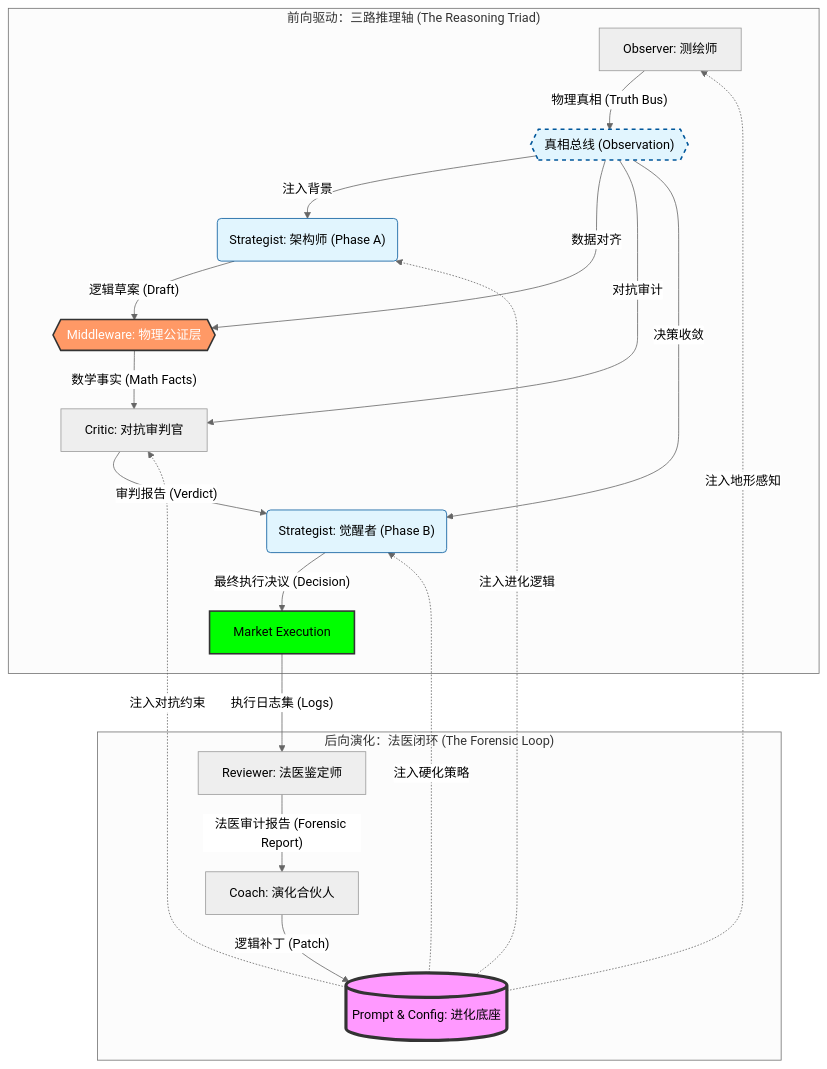
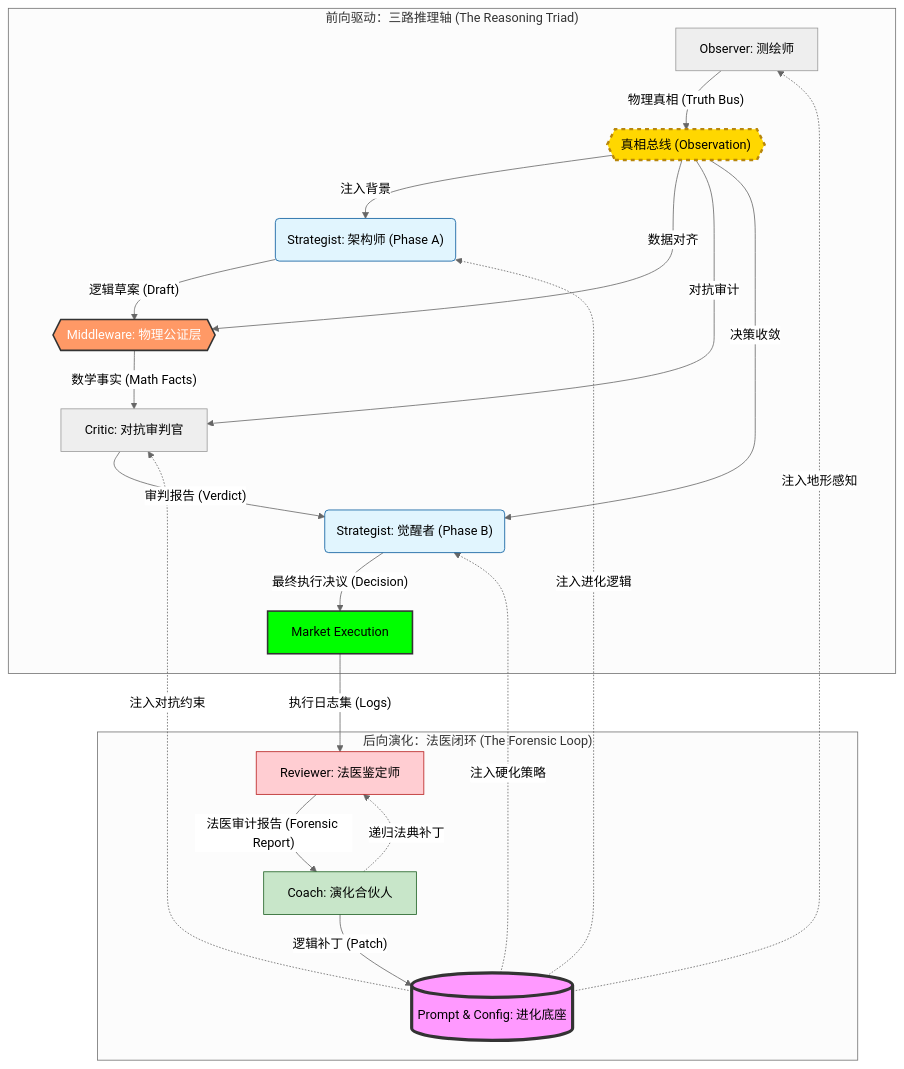
Before and after one commit to jiangyang5157/binary-star: the diagram in README.md, drawn with Mermaid (neutral theme). The commit also changed other lines of this file, not shown here.

````diff
--- a/README.md
+++ b/README.md
@@ -13,37 +13,40 @@
 ```mermaid
 graph TD
     %% 前向驱动：三路推理轴 (The Reasoning Triad)
     subgraph "前向驱动：三路推理轴 (The Reasoning Triad)"
         A["Observer: 测绘师"] -- "物理真相 (Truth Bus)" --> TB{{"真相总线 (Observation)"}}
         
         TB -- "注入背景" --> B1("Strategist: 架构师 (Phase A)")
         B1 -- "逻辑草案 (Draft)" --> C{{"Middleware: 物理公证层"}}
         TB -- "数据对齐" --> C
         C -- "数学事实 (Math Facts)" --> D["Critic: 对抗审判官"]
         TB -- "对抗审计" --> D
         D -- "审判报告 (Verdict)" --> B2("Strategist: 觉醒者 (Phase B)")
         TB -- "决策收敛" --> B2
         B2 -- "最终执行决议 (Decision)" --> F["Market Execution"]
     end
 
-    %% 后向法医演化回路
+    %% 后向法医演化回路 (Recursive Loop)
     subgraph "后向演化：法医闭环 (The Forensic Loop)"
         F -->|"执行日志集 (Logs)"| G["Reviewer: 法医鉴定师"]
         G -->|"法医审计报告 (Forensic Report)"| H["Coach: 演化合伙人"]
         H -->|"逻辑补丁 (Patch)"| I[("Prompt & Config: 进化底座")]
+        H -.->|"递归法典补丁"| G
     end
 
     %% 关键进化路径映射：修复逻辑断裂
     I -.->|"注入地形感知"| A
     I -.->|"注入进化逻辑"| B1
     I -.->|"注入对抗约束"| D
     I -.->|"注入硬化策略"| B2
 
-    %% 节点样式美化 (法医级配色)
+    %% 节点样式美化 (法务级配色)
     style C fill:#f96,stroke:#333,stroke-width:2px,color:#fff
-    style TB fill:#e1f5fe,stroke:#01579b,stroke-width:2px,stroke-dasharray: 5 5
+    style TB fill:#ffd700,stroke:#b8860b,stroke-width:3px,stroke-dasharray: 5 5
     style F fill:#00ff00,stroke:#333,stroke-width:2px,color:#000
     style I fill:#f9f,stroke:#333,stroke-width:4px,color:#000
     style B1 fill:#e1f5fe,stroke:#01579b
     style B2 fill:#e1f5fe,stroke:#01579b
+    style G fill:#ffcdd2,stroke:#b71c1c
+    style H fill:#c8e6c9,stroke:#1b5e20
 ```
````
